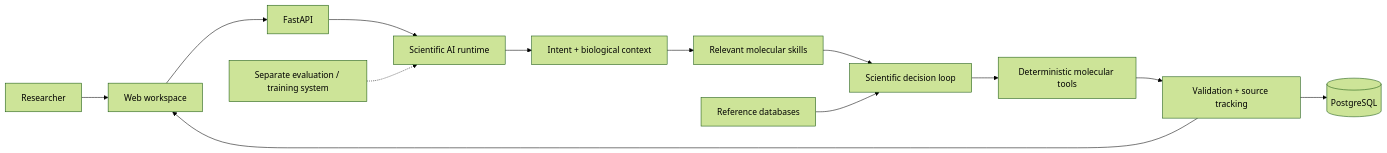
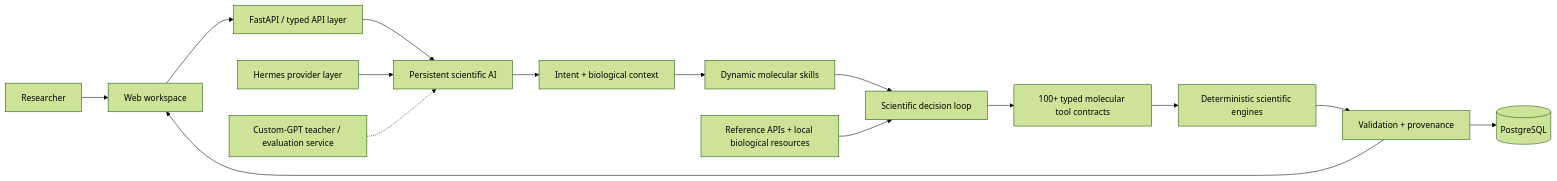
The diagram in README.md (Niedharsan/labos-molecular-ai), drawn with Mermaid (forest theme) before and after one commit. The commit also changed other lines of this file, not shown here.

Commit message:
Expand LabOS technical architecture and token optimisation overview

````diff
--- a/README.md
+++ b/README.md
@@ -50,18 +84,20 @@
 ```mermaid
 flowchart LR
     U[Researcher] --> UI[Web workspace]
-    UI --> API[FastAPI]
-    API --> AI[Scientific AI runtime]
+    UI --> API[FastAPI / typed API layer]
+    API --> AI[Persistent scientific AI]
 
     AI --> R[Intent + biological context]
-    R --> S[Relevant molecular skills]
+    R --> S[Dynamic molecular skills]
     S --> D[Scientific decision loop]
 
-    D --> T[Deterministic molecular tools]
-    T --> V[Validation + source tracking]
+    D --> T[100+ typed molecular tool contracts]
+    T --> E[Deterministic scientific engines]
+    E --> V[Validation + provenance]
     V --> DB[(PostgreSQL)]
     V --> UI
 
-    X[Reference databases] --> D
-    B[Separate evaluation / training system] -.-> AI
+    X[Reference APIs + local biological resources] --> D
+    H[Hermes provider layer] --> AI
+    C[Custom-GPT teacher / evaluation service] -.-> AI
 ```
````
